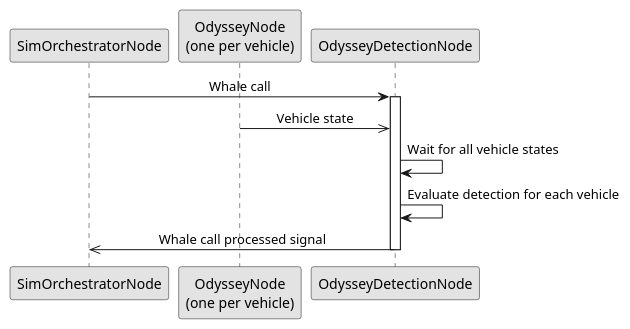
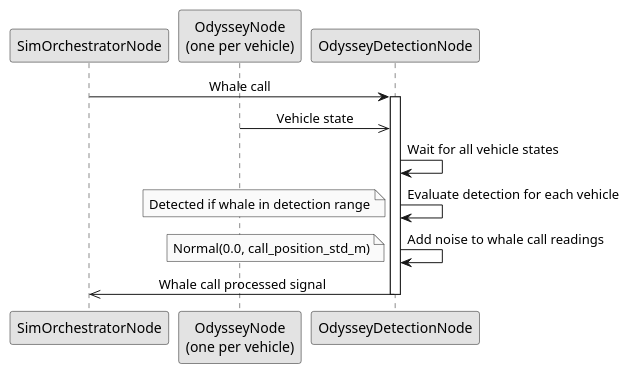
One commit to Tebcherani/MANTA changed the diagram in components/manta_acoustics/docs/whale_detection_sequence.puml. Above: the diagram before and after it, drawn with PlantUML. The commit also changed 29 other files, not shown here.

```diff
--- a/components/manta_acoustics/docs/whale_detection_sequence.puml
+++ b/components/manta_acoustics/docs/whale_detection_sequence.puml
@@ -1,20 +1,27 @@
 @startuml
 
 skinparam monochrome true
 skinparam shadowing false
 skinparam sequenceMessageAlign center
 skinparam responseMessageBelowArrow true
 
 participant "SimOrchestratorNode" as Orchestrator
 participant "OdysseyNode\n(one per vehicle)" as Odyssey
 participant "OdysseyDetectionNode" as Detection
 
 Orchestrator -> Detection : Whale call
 activate Detection
 Odyssey ->> Detection : Vehicle state
 Detection -> Detection : Wait for all vehicle states
 Detection -> Detection : Evaluate detection for each vehicle
+note left
+    Detected if whale in detection range
+end note
+Detection -> Detection : Add noise to whale call readings
+note left
+    Normal(0.0, call_position_std_m)
+end note
 Detection ->> Orchestrator : Whale call processed signal
 deactivate Detection
 
 @enduml
```
